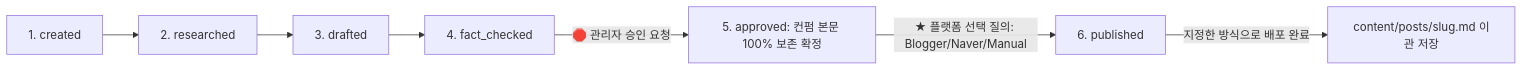
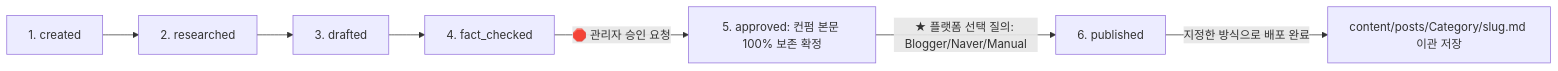
The diagram in wiki/rules/blogger_rules.md (rlaguswls13/blogging), drawn with Mermaid before and after one commit. The commit also changed other lines of this file and 13 other files, not shown here.

````diff
--- a/wiki/rules/blogger_rules.md
+++ b/wiki/rules/blogger_rules.md
@@ -27,9 +27,9 @@
 ```mermaid
 graph LR
     A[1. created] --> B[2. researched]
     B --> C[3. drafted]
     C --> D[4. fact_checked]
     D -->|🛑 관리자 승인 요청| E[5. approved: 컨펌 본문 100% 보존 확정]
     E -->|★ 플랫폼 선택 질의: Blogger/Naver/Manual| F[6. published]
-    F -->|지정한 방식으로 배포 완료| G[content/posts/slug.md 이관 저장]
+    F -->|지정한 방식으로 배포 완료| G[content/posts/Category/slug.md 이관 저장]
 ```
````
